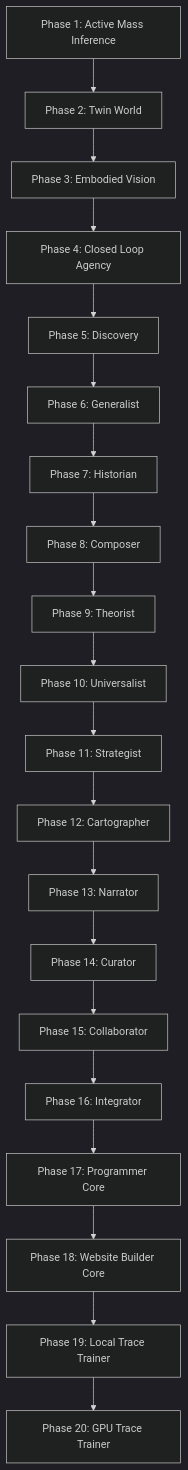
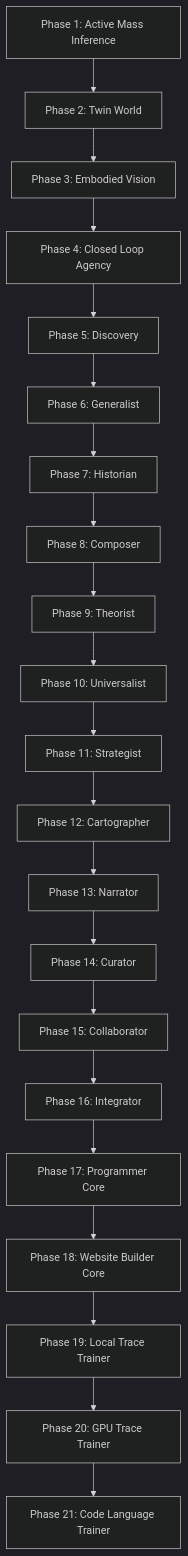
Before and after one commit to abdallah2183/causal-constructivism: the diagram in README.md, drawn with Mermaid (dark theme). The commit also changed other lines of this file and 10 other files, not shown here.

Commit message:
Add Phase 21 local code language training

````diff
--- a/README.md
+++ b/README.md
@@ -40,22 +41,23 @@
 ```mermaid
 flowchart TD
     P1["Phase 1: Active Mass Inference"] --> P2["Phase 2: Twin World"]
     P2 --> P3["Phase 3: Embodied Vision"]
     P3 --> P4["Phase 4: Closed Loop Agency"]
     P4 --> P5["Phase 5: Discovery"]
     P5 --> P6["Phase 6: Generalist"]
     P6 --> P7["Phase 7: Historian"]
     P7 --> P8["Phase 8: Composer"]
     P8 --> P9["Phase 9: Theorist"]
     P9 --> P10["Phase 10: Universalist"]
     P10 --> P11["Phase 11: Strategist"]
     P11 --> P12["Phase 12: Cartographer"]
     P12 --> P13["Phase 13: Narrator"]
     P13 --> P14["Phase 14: Curator"]
     P14 --> P15["Phase 15: Collaborator"]
     P15 --> P16["Phase 16: Integrator"]
     P16 --> P17["Phase 17: Programmer Core"]
     P17 --> P18["Phase 18: Website Builder Core"]
     P18 --> P19["Phase 19: Local Trace Trainer"]
     P19 --> P20["Phase 20: GPU Trace Trainer"]
+    P20 --> P21["Phase 21: Code Language Trainer"]
 ```
````
